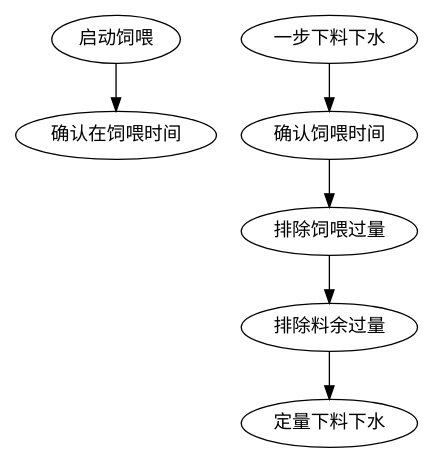
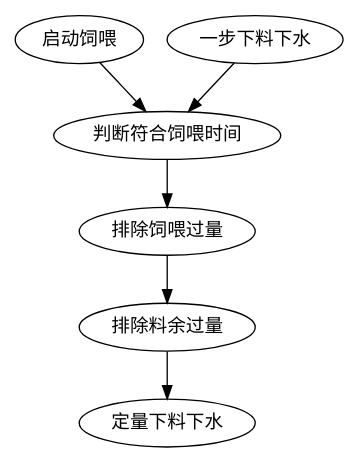
Before and after one commit to cruiurc/cruiurc.github.io: the third of 3 diagrams in source/work/sj/topic/饲喂器业务流程.rst, drawn with Graphviz. The commit also changed 1 other file, not shown here.

Commit message:
20221121 work

```diff
--- a/source/work/sj/topic/饲喂器业务流程.rst
+++ b/source/work/sj/topic/饲喂器业务流程.rst
@@ -36,15 +36,10 @@
 .. graphviz::
 
     digraph Use{
-       启动饲喂;
-       确认在饲喂时间;
-       排除饲喂过量;
-       排除料余过量
-       定量下料下水;
 
-       启动饲喂 -> 确认在饲喂时间;
-       确认饲喂时间 -> 排除饲喂过量;
+       启动饲喂 -> 判断符合饲喂时间;
+       判断符合饲喂时间 -> 排除饲喂过量;
        排除饲喂过量 -> 排除料余过量;
        排除料余过量 -> 定量下料下水;
-       一步下料下水 -> 确认饲喂时间;
+       一步下料下水 -> 判断符合饲喂时间;
     }
```
